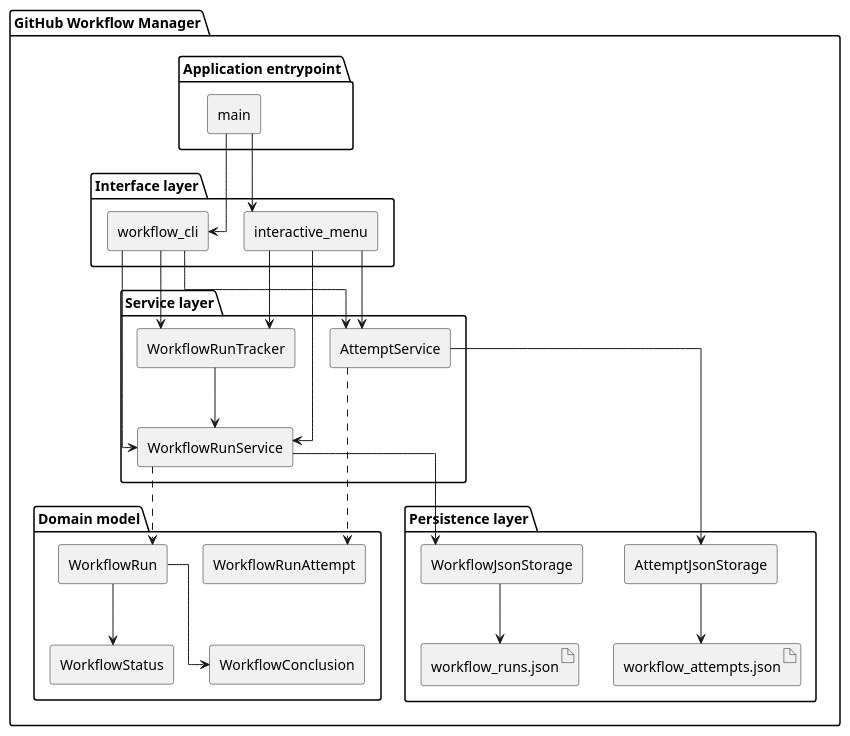
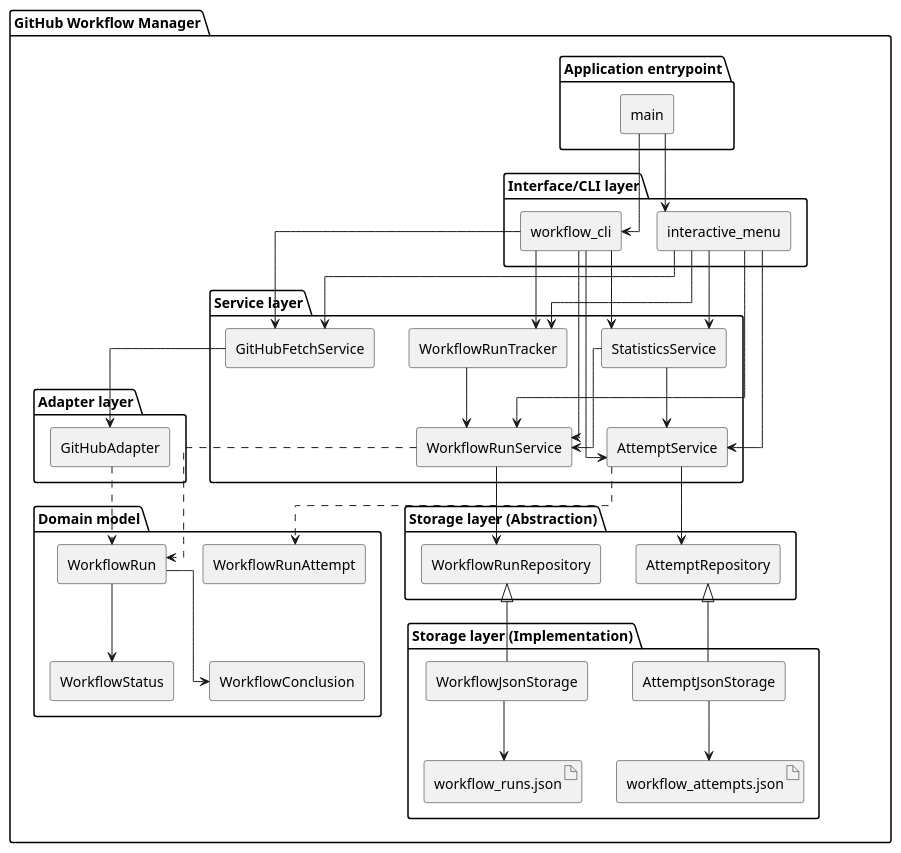
The diagram in experiments/broadcast/structured_text/github-workflow-manager/artifacts/component_diagram.puml (DanielRiha8906/Software_autoevolution_using_agents), drawn with PlantUML before and after one commit. The commit also changed 5 other files, not shown here.

```diff
--- a/experiments/broadcast/structured_text/github-workflow-manager/artifacts/component_diagram.puml
+++ b/experiments/broadcast/structured_text/github-workflow-manager/artifacts/component_diagram.puml
@@ -1,63 +1,89 @@
 @startuml component_diagram
 
 skinparam componentStyle rectangle
 skinparam linetype ortho
 top to bottom direction
 
 package "GitHub Workflow Manager" {
 
   package "Application entrypoint" {
     component "main" as MAIN
   }
 
-  package "Interface layer" {
+  package "Interface/CLI layer" {
     component "workflow_cli" as CLI
     component "interactive_menu" as IM
   }
 
   package "Service layer" {
     component "WorkflowRunTracker" as TRACKER
     component "WorkflowRunService" as SVC
     component "AttemptService" as ASVC
+    component "StatisticsService" as STATS
+    component "GitHubFetchService" as GHS
   }
 
-  package "Persistence layer" {
+  package "Adapter layer" {
+    component "GitHubAdapter" as ADAPTER
+  }
+
+  package "Storage layer (Abstraction)" {
+    component "WorkflowRunRepository" as WREPO
+    component "AttemptRepository" as AREPO
+  }
+
+  package "Storage layer (Implementation)" {
     component "WorkflowJsonStorage" as STOR
     component "AttemptJsonStorage" as ASTOR
     artifact "workflow_runs.json" as JSON_FILE
     artifact "workflow_attempts.json" as AJSON_FILE
   }
 
   package "Domain model" {
     component "WorkflowRun" as RUN
     component "WorkflowRunAttempt" as ATTEMPT
     component "WorkflowStatus" as STATUS
     component "WorkflowConclusion" as CONCLUSION
   }
 }
 
 MAIN --> CLI
 MAIN --> IM
 
 CLI --> TRACKER
 IM --> TRACKER
 
 CLI --> SVC
 IM --> SVC
 
 CLI --> ASVC
 IM --> ASVC
 
+CLI --> STATS
+IM --> STATS
+
+CLI --> GHS
+IM --> GHS
+
 TRACKER --> SVC
-SVC --> STOR
+SVC --> WREPO
+ASVC --> AREPO
+
+STATS --> SVC
+STATS --> ASVC
+
+GHS --> ADAPTER
+ADAPTER ..> RUN
+
+WREPO <|-- STOR
+AREPO <|-- ASTOR
+
 STOR --> JSON_FILE
-
-ASVC --> ASTOR
 ASTOR --> AJSON_FILE
 
 SVC ..> RUN
 ASVC ..> ATTEMPT
 RUN --> STATUS
 RUN --> CONCLUSION
 
 @enduml
```
